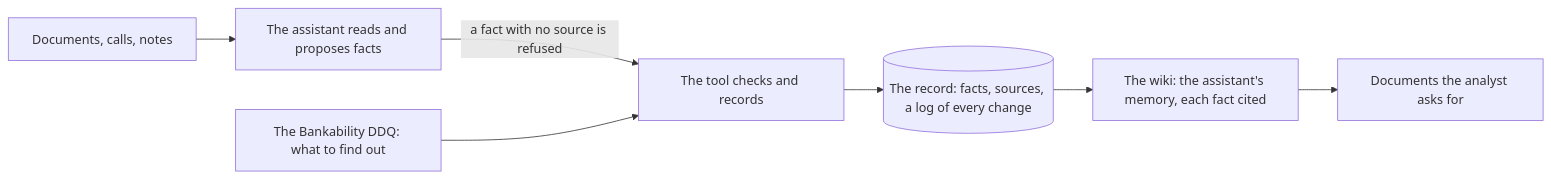
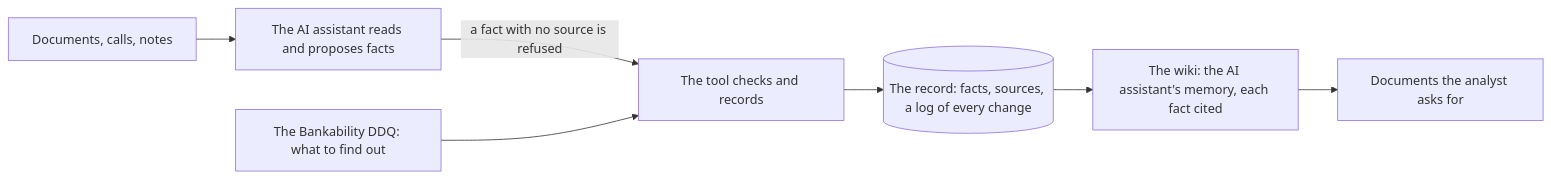
Before and after one commit to rrecourt2/AIssociate: the diagram in README.md, drawn with Mermaid. The commit also changed other lines of this file, not shown here.

First line of the commit message:
README: any document from the record, and "AI assistant" throughout

````diff
--- a/README.md
+++ b/README.md
@@ -27,9 +27,9 @@
 ```mermaid
 flowchart LR
-  D["Documents, calls, notes"] --> A["The assistant reads and proposes facts"]
+  D["Documents, calls, notes"] --> A["The AI assistant reads and proposes facts"]
   A -- "a fact with no source is refused" --> T["The tool checks and records"]
   S["The Bankability DDQ: what to find out"] --> T
   T --> R[("The record: facts, sources, a log of every change")]
-  R --> W["The wiki: the assistant's memory, each fact cited"]
+  R --> W["The wiki: the AI assistant's memory, each fact cited"]
   W --> P["Documents the analyst asks for"]
 ```
````
